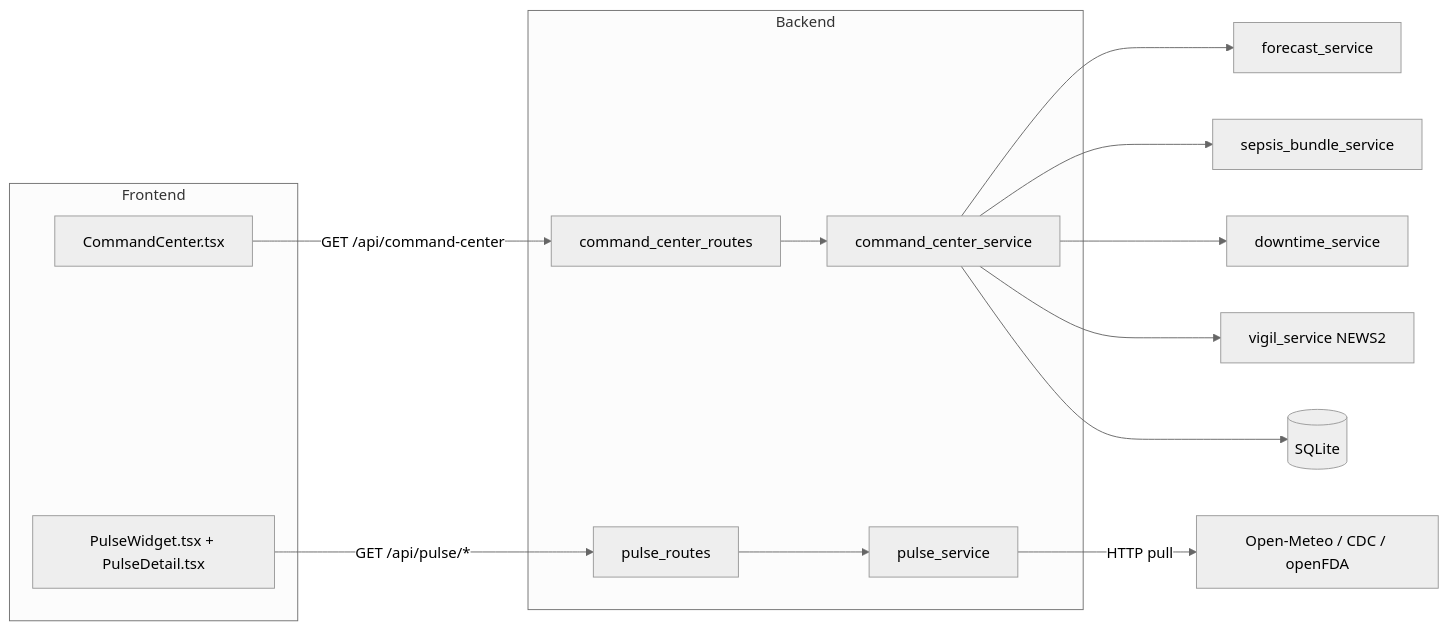
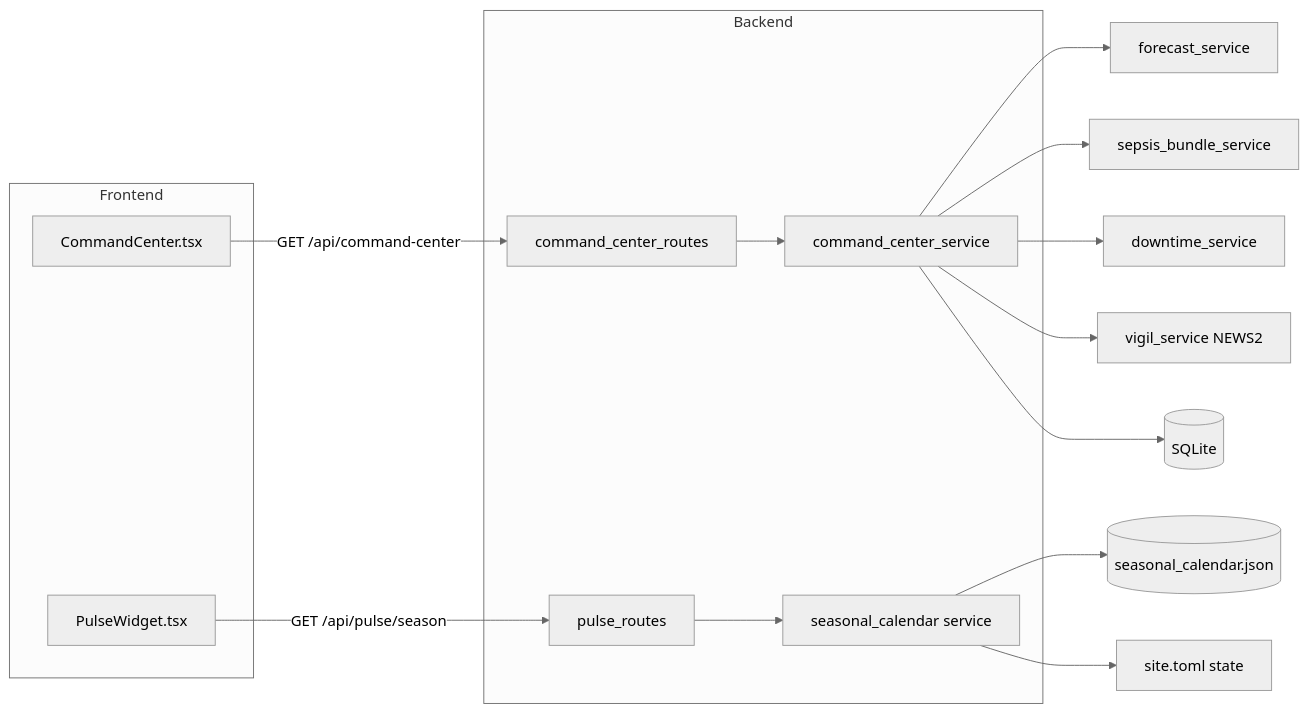
Before and after one commit to samuelmorningstar23/Orb: the first of 2 diagrams in docs/guide/18-command-center.md, drawn with Mermaid (neutral theme). The commit also changed other lines of this file and 59 other files, not shown here.

````diff
--- a/docs/guide/18-command-center.md
+++ b/docs/guide/18-command-center.md
@@ -19,21 +21,22 @@
 ```mermaid
 graph LR
   subgraph Frontend
     CC[CommandCenter.tsx]
-    PW[PulseWidget.tsx + PulseDetail.tsx]
+    PW[PulseWidget.tsx]
   end
   subgraph Backend
     CCR[command_center_routes]
     PR[pulse_routes]
     CCS[command_center_service]
-    PS[pulse_service]
+    PS[seasonal_calendar service]
   end
   CC -->|GET /api/command-center| CCR --> CCS
-  PW -->|GET /api/pulse/*| PR --> PS
+  PW -->|GET /api/pulse/season| PR --> PS
   CCS --> FC[forecast_service]
   CCS --> SB[sepsis_bundle_service]
   CCS --> DT[downtime_service]
   CCS --> VG[vigil_service NEWS2]
   CCS --> DB[(SQLite)]
-  PS -->|HTTP pull| EXT[Open-Meteo / CDC / openFDA]
+  PS --> CAL[(seasonal_calendar.json)]
+  PS --> SITE[site.toml state]
 ```
````
